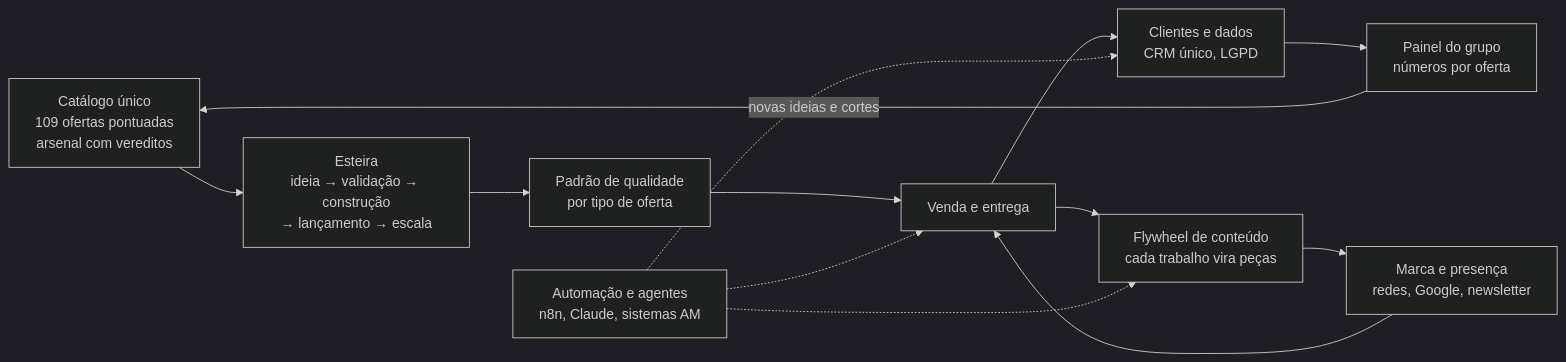
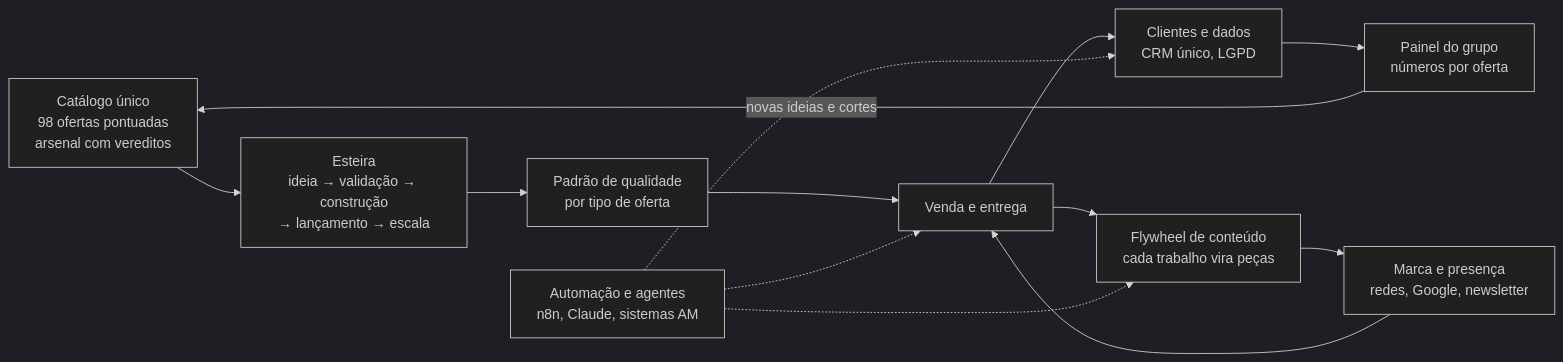
One commit to AlanMateus17/Portfolio-AMS-Obsidian-Vault changed the diagram in 11-setup-dev-setup/docs/operacao/README.md. Above: the diagram before and after it, drawn with Mermaid (dark theme). The commit also changed other lines of this file and 117 other files, not shown here.

````diff
--- a/11-setup-dev-setup/docs/operacao/README.md
+++ b/11-setup-dev-setup/docs/operacao/README.md
@@ -11,15 +11,15 @@
 ```mermaid
 flowchart LR
-  C["Catálogo único<br/>109 ofertas pontuadas<br/>arsenal com vereditos"] --> E["Esteira<br/>ideia → validação → construção<br/>→ lançamento → escala"]
+  C["Catálogo único<br/>98 ofertas pontuadas<br/>arsenal com vereditos"] --> E["Esteira<br/>ideia → validação → construção<br/>→ lançamento → escala"]
   E --> Q["Padrão de qualidade<br/>por tipo de oferta"]
   Q --> V["Venda e entrega"]
   V --> D["Clientes e dados<br/>CRM único, LGPD"]
   V --> F["Flywheel de conteúdo<br/>cada trabalho vira peças"]
   F --> M["Marca e presença<br/>redes, Google, newsletter"]
   M --> V
   D --> P["Painel do grupo<br/>números por oferta"]
   P -->|"novas ideias e cortes"| C
   A["Automação e agentes<br/>n8n, Claude, sistemas AM"] -.-> V
   A -.-> F
   A -.-> D
 ```
````
